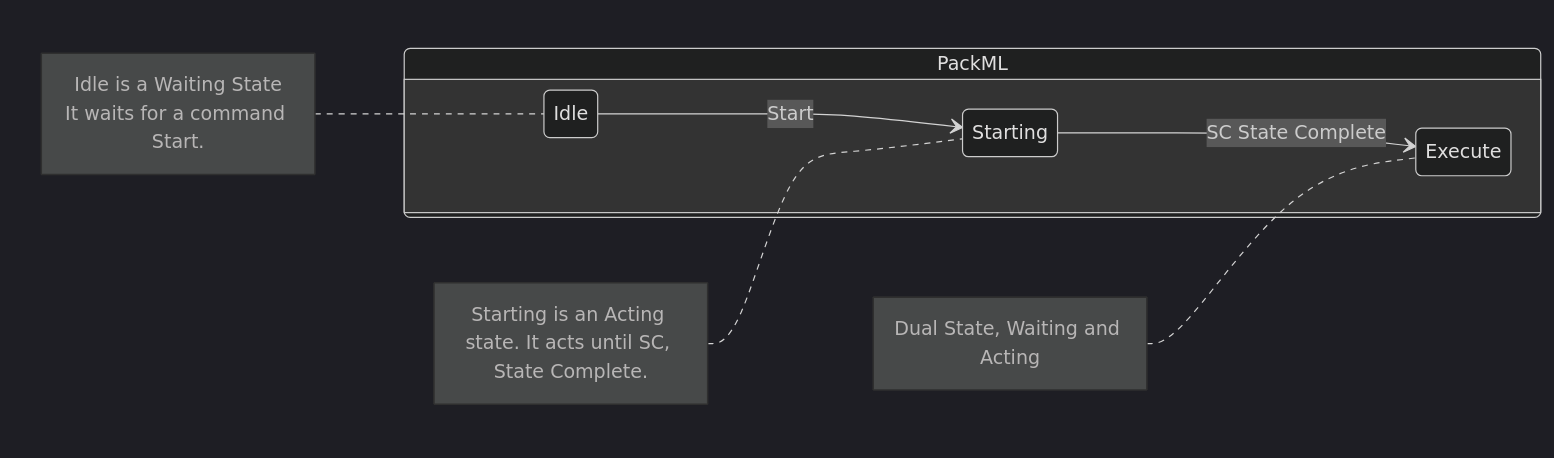
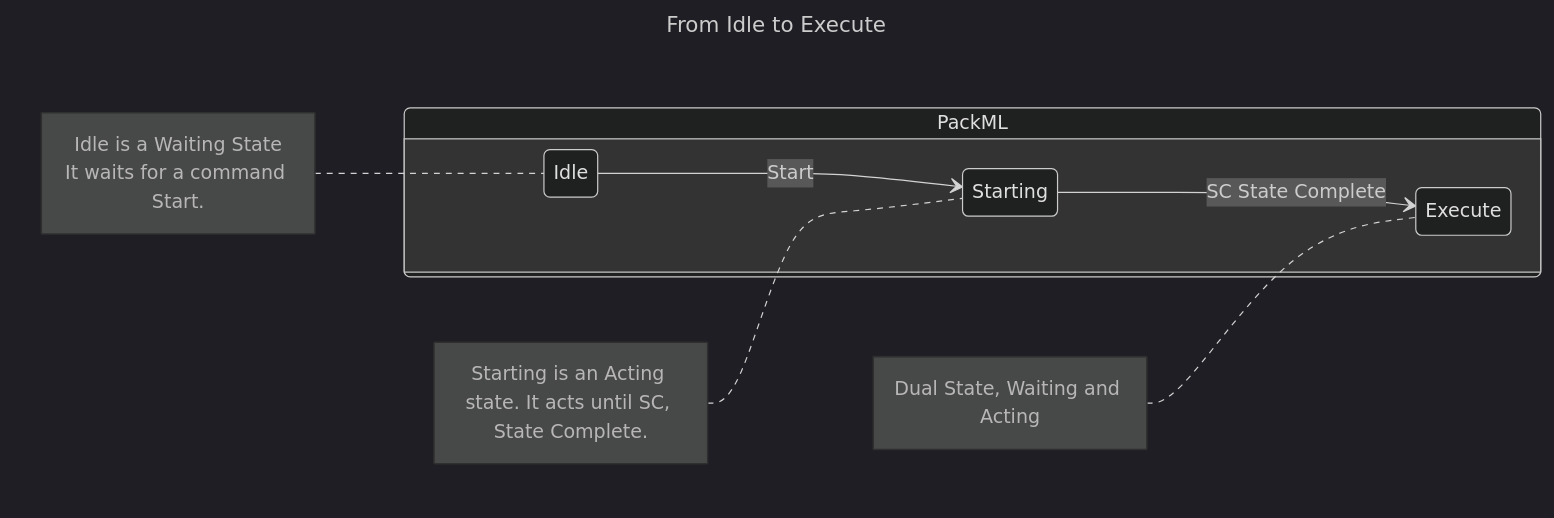
Before and after one commit to hei-synd-autb/autb-docs: the second of 5 diagrams in AutB_MOD_08_Introduction_To_Pack/README.md, drawn with Mermaid (dark theme). The commit also changed other lines of this file and 1 other file, not shown here.

````diff
--- a/AutB_MOD_08_Introduction_To_Pack/README.md
+++ b/AutB_MOD_08_Introduction_To_Pack/README.md
@@ -257,16 +272,20 @@
 ```mermaid
+---
+title: From Idle to Execute
+---
+
     stateDiagram-v2
         direction LR
         state PackML{
         Idle
         note left of Idle
             Idle is a Waiting State
             It waits for a command Start.
         end note
         Idle --> Starting : Start
         note left of Starting : Starting is an Acting state. It acts until SC, State Complete.
 
         Starting --> Execute : SC State Complete
         note left of Execute : Dual State, Waiting and Acting
         }
 ```
````
